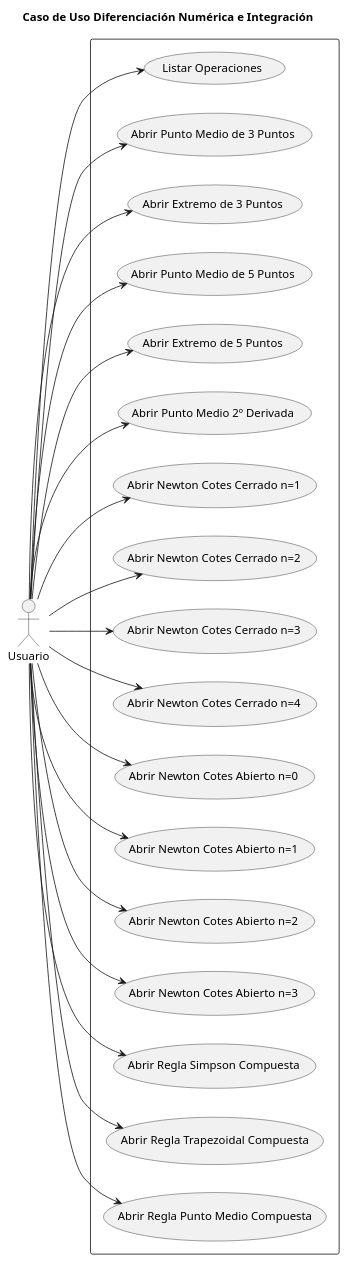
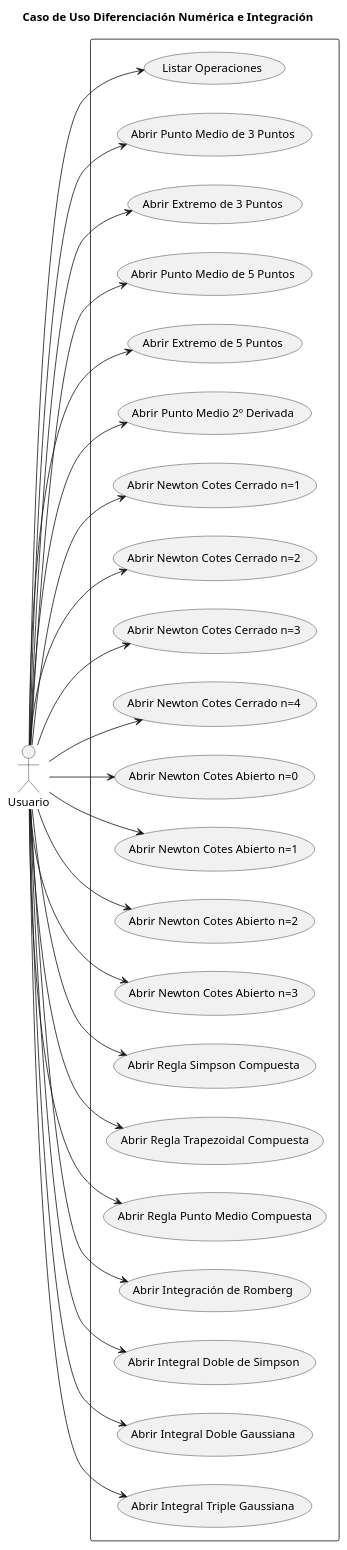
Before and after one commit to rodri5villa/numath-API: the diagram in casosDeUso/casosUsoDiferenciacionNumericaEIntegracion/casoUsoDiferenciacionNumericaEIntegracion.puml, drawn with PlantUML. The commit also changed 3 other files, not shown here.

```diff
--- a/casosDeUso/casosUsoDiferenciacionNumericaEIntegracion/casoUsoDiferenciacionNumericaEIntegracion.puml
+++ b/casosDeUso/casosUsoDiferenciacionNumericaEIntegracion/casoUsoDiferenciacionNumericaEIntegracion.puml
@@ -1,47 +1,55 @@
 @startuml
 
 title Caso de Uso Diferenciación Numérica e Integración
 
 left to right direction
 
 actor Usuario as user
 
 rectangle  {
     usecase "Listar Operaciones" as listarOper
     usecase "Abrir Punto Medio de 3 Puntos" as pm3
     usecase "Abrir Extremo de 3 Puntos" as ex3
     usecase "Abrir Punto Medio de 5 Puntos" as pm5
     usecase "Abrir Extremo de 5 Puntos" as ex5
     usecase "Abrir Punto Medio 2º Derivada" as pm2
     usecase "Abrir Newton Cotes Cerrado n=1" as ncc1
     usecase "Abrir Newton Cotes Cerrado n=2" as ncc2
     usecase "Abrir Newton Cotes Cerrado n=3" as ncc3
     usecase "Abrir Newton Cotes Cerrado n=4" as ncc4
     usecase "Abrir Newton Cotes Abierto n=0" as nca0
     usecase "Abrir Newton Cotes Abierto n=1" as nca1
     usecase "Abrir Newton Cotes Abierto n=2" as nca2
     usecase "Abrir Newton Cotes Abierto n=3" as nca3
     usecase "Abrir Regla Simpson Compuesta" as simpson
     usecase "Abrir Regla Trapezoidal Compuesta" as trapezoidal
     usecase "Abrir Regla Punto Medio Compuesta" as pmc
+    usecase "Abrir Integración de Romberg" as inr
+    usecase "Abrir Integral Doble de Simpson" as ids
+    usecase "Abrir Integral Doble Gaussiana" as idg
+    usecase "Abrir Integral Triple Gaussiana" as itg
 }
 
 user --> listarOper: ""
 user --> pm3: ""
 user --> ex3: ""
 user --> pm5: ""
 user --> ex5: ""
 user --> pm2: ""
 user --> ncc1: ""
 user --> ncc2: ""
 user --> ncc3: ""
 user --> ncc4: ""
 user --> nca0: ""
 user --> nca1: ""
 user --> nca2: ""
 user --> nca3: ""
 user --> simpson: ""
 user --> trapezoidal: ""
 user --> pmc: ""
+user --> inr: ""
+user --> ids: ""
+user --> idg: ""
+user --> itg: ""
 
 @enduml
```
